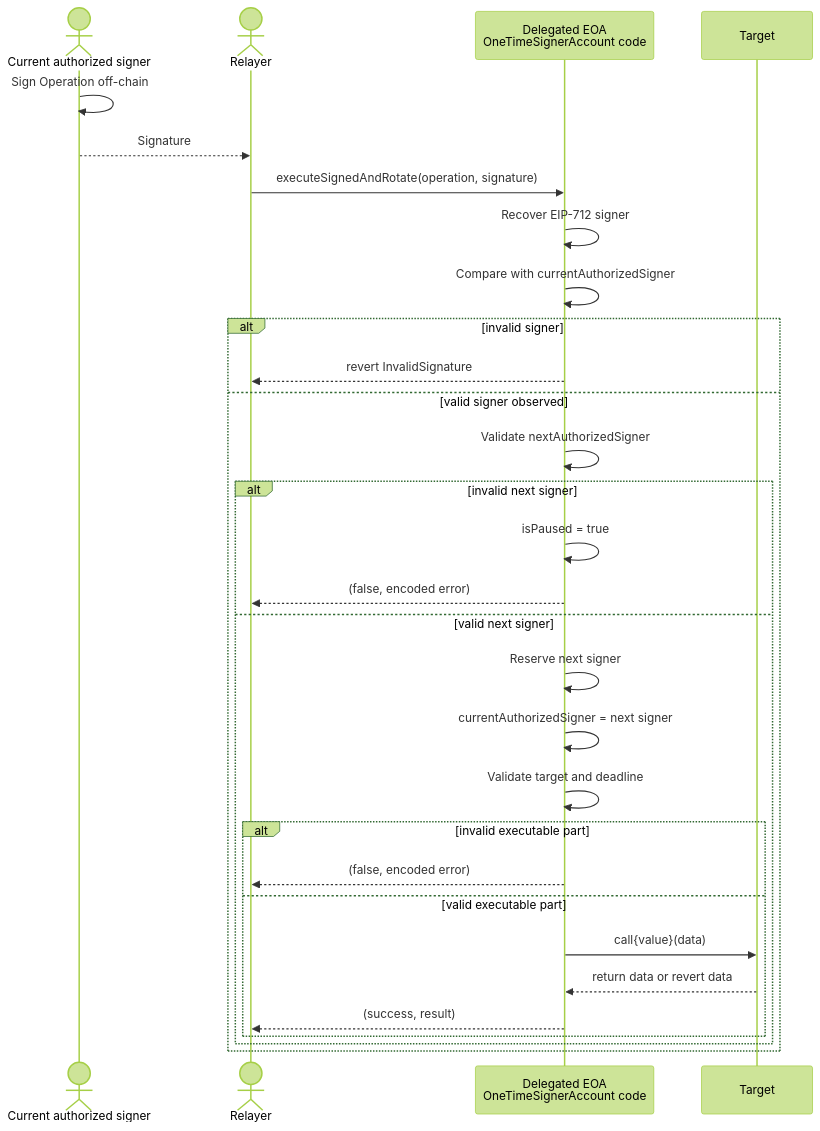
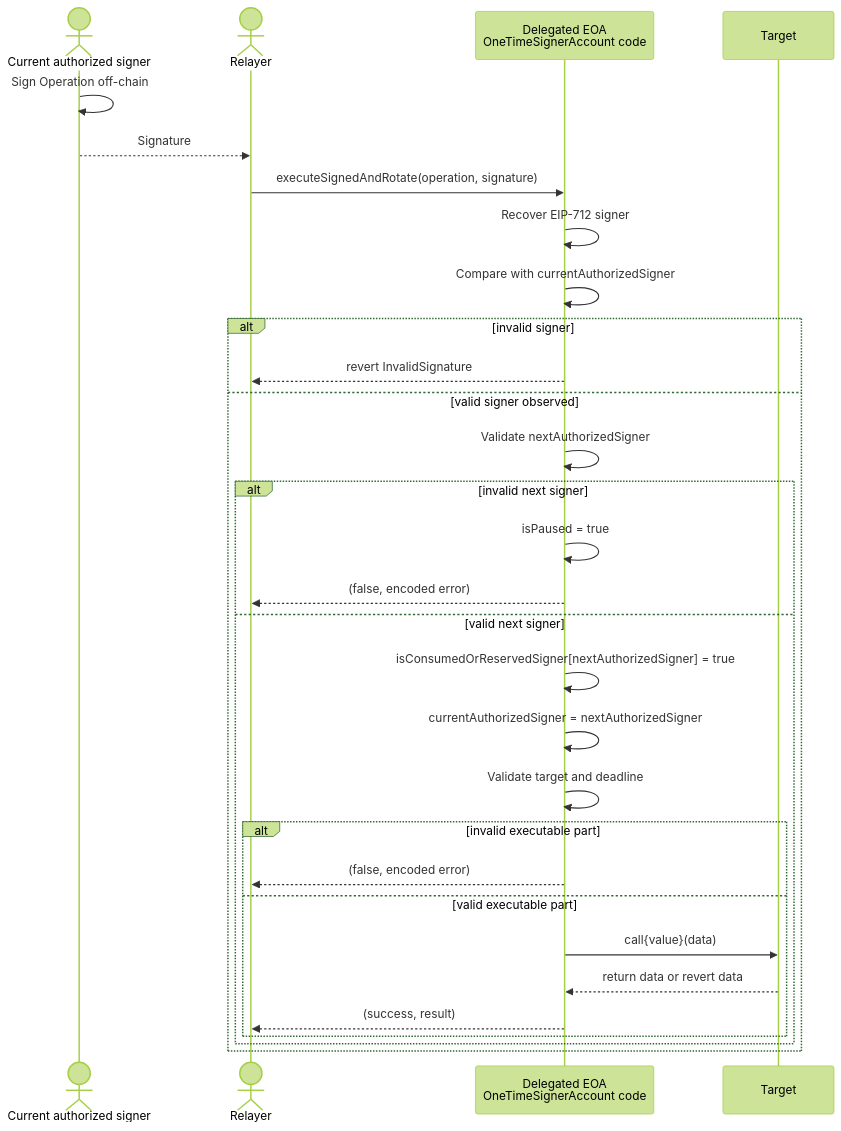
Before and after one commit to Marcolopeez/eip7702-one-time-signers: the second of 2 diagrams in docs/04-contract.md, drawn with Mermaid (forest theme). The commit also changed other lines of this file and 13 other files, not shown here.

````diff
--- a/docs/04-contract.md
+++ b/docs/04-contract.md
@@ -241,37 +243,37 @@
 ```mermaid
 sequenceDiagram
     actor Signer as Current authorized signer
     actor Relayer
     participant Account as Delegated EOA<br/>OneTimeSignerAccount code
     participant Target
 
     Signer->>Signer: Sign Operation off-chain
     Signer-->>Relayer: Signature
     Relayer->>Account: executeSignedAndRotate(operation, signature)
 
     Account->>Account: Recover EIP-712 signer
     Account->>Account: Compare with currentAuthorizedSigner
 
     alt invalid signer
         Account-->>Relayer: revert InvalidSignature
     else valid signer observed
         Account->>Account: Validate nextAuthorizedSigner
 
         alt invalid next signer
             Account->>Account: isPaused = true
             Account-->>Relayer: (false, encoded error)
         else valid next signer
-            Account->>Account: Reserve next signer
-            Account->>Account: currentAuthorizedSigner = next signer
+            Account->>Account: isConsumedOrReservedSigner[nextAuthorizedSigner] = true
+            Account->>Account: currentAuthorizedSigner = nextAuthorizedSigner
             Account->>Account: Validate target and deadline
 
             alt invalid executable part
                 Account-->>Relayer: (false, encoded error)
             else valid executable part
                 Account->>Target: call{value}(data)
                 Target-->>Account: return data or revert data
                 Account-->>Relayer: (success, result)
             end
         end
     end
 ```
````
